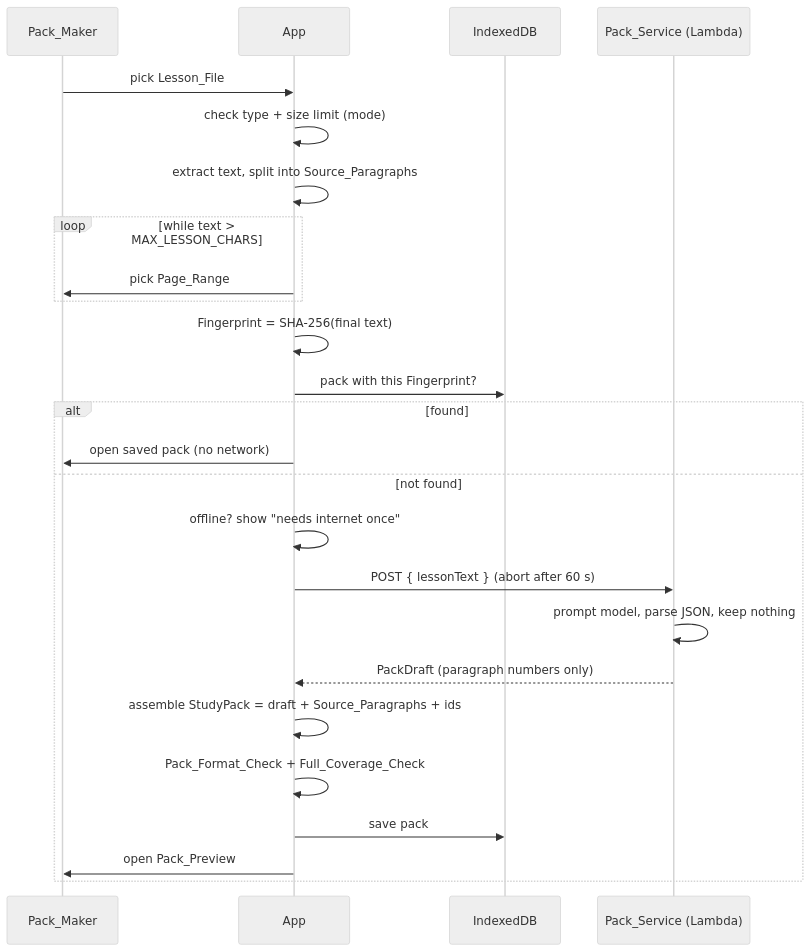
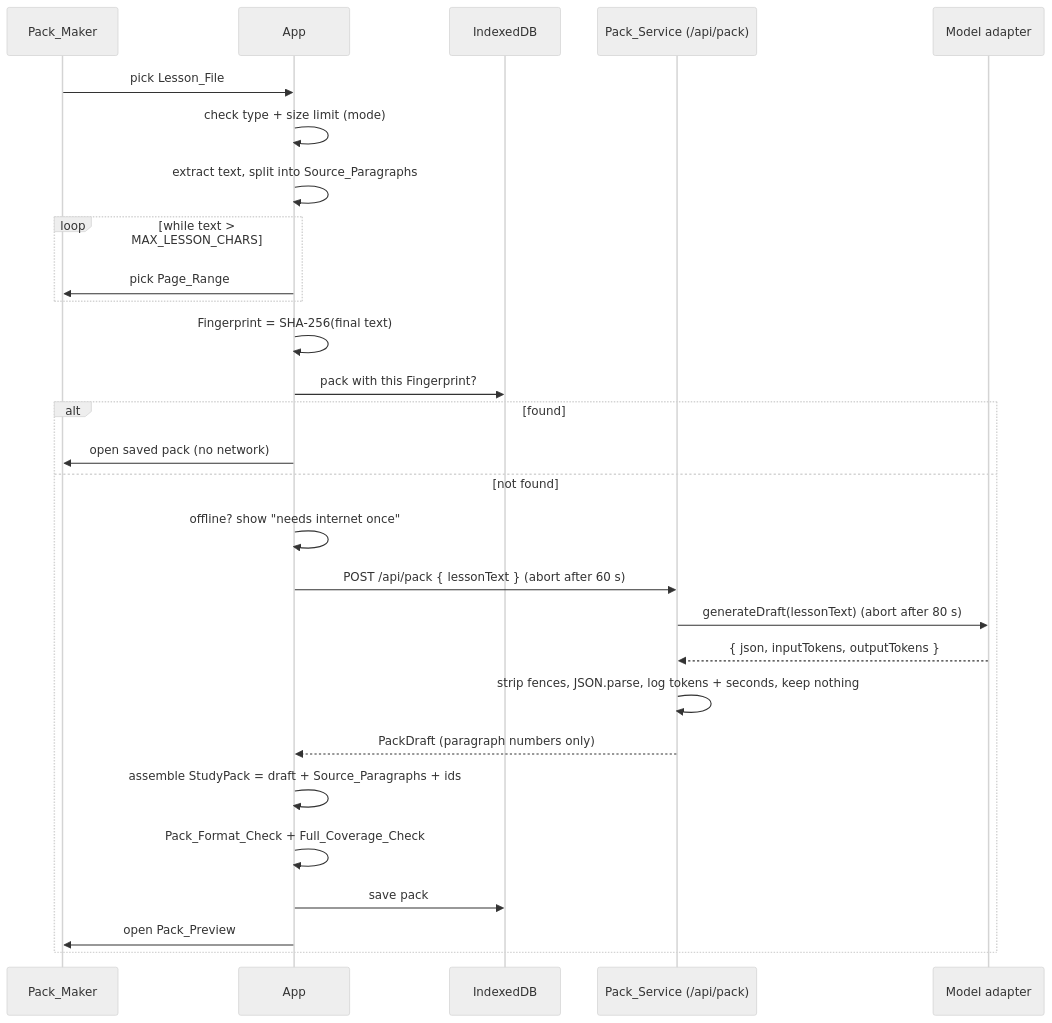
The second of 2 diagrams in .kiro/specs/study-coach-mvp/design.md (itsxandr/claude-and-dexter), drawn with Mermaid (neutral theme) before and after one commit. The commit also changed other lines of this file and 3 other files, not shown here.

First line of the commit message:
Move pack service to Vercel and OpenAI

````diff
--- a/.kiro/specs/study-coach-mvp/design.md
+++ b/.kiro/specs/study-coach-mvp/design.md
@@ -53,27 +61,30 @@
 ```mermaid
 sequenceDiagram
   participant PM as Pack_Maker
   participant App
   participant DB as IndexedDB
-  participant PS as Pack_Service (Lambda)
+  participant PS as Pack_Service (/api/pack)
+  participant AD as Model adapter
   PM->>App: pick Lesson_File
   App->>App: check type + size limit (mode)
   App->>App: extract text, split into Source_Paragraphs
   loop while text > MAX_LESSON_CHARS
     App->>PM: pick Page_Range
   end
   App->>App: Fingerprint = SHA-256(final text)
   App->>DB: pack with this Fingerprint?
   alt found
     App->>PM: open saved pack (no network)
   else not found
     App->>App: offline? show "needs internet once"
-    App->>PS: POST { lessonText } (abort after 60 s)
-    PS->>PS: prompt model, parse JSON, keep nothing
+    App->>PS: POST /api/pack { lessonText } (abort after 60 s)
+    PS->>AD: generateDraft(lessonText) (abort after 80 s)
+    AD-->>PS: { json, inputTokens, outputTokens }
+    PS->>PS: strip fences, JSON.parse, log tokens + seconds, keep nothing
     PS-->>App: PackDraft (paragraph numbers only)
     App->>App: assemble StudyPack = draft + Source_Paragraphs + ids
     App->>App: Pack_Format_Check + Full_Coverage_Check
     App->>DB: save pack
     App->>PM: open Pack_Preview
   end
 ```
````
